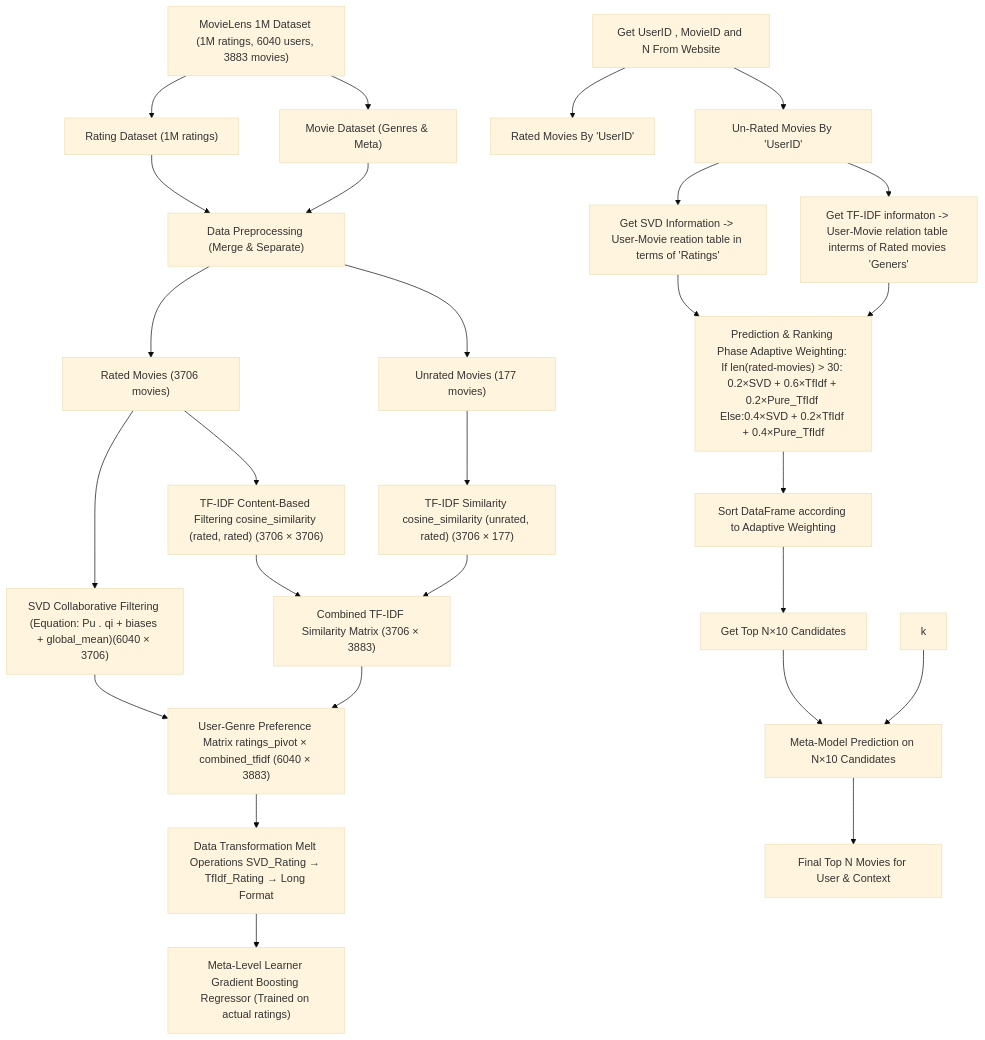
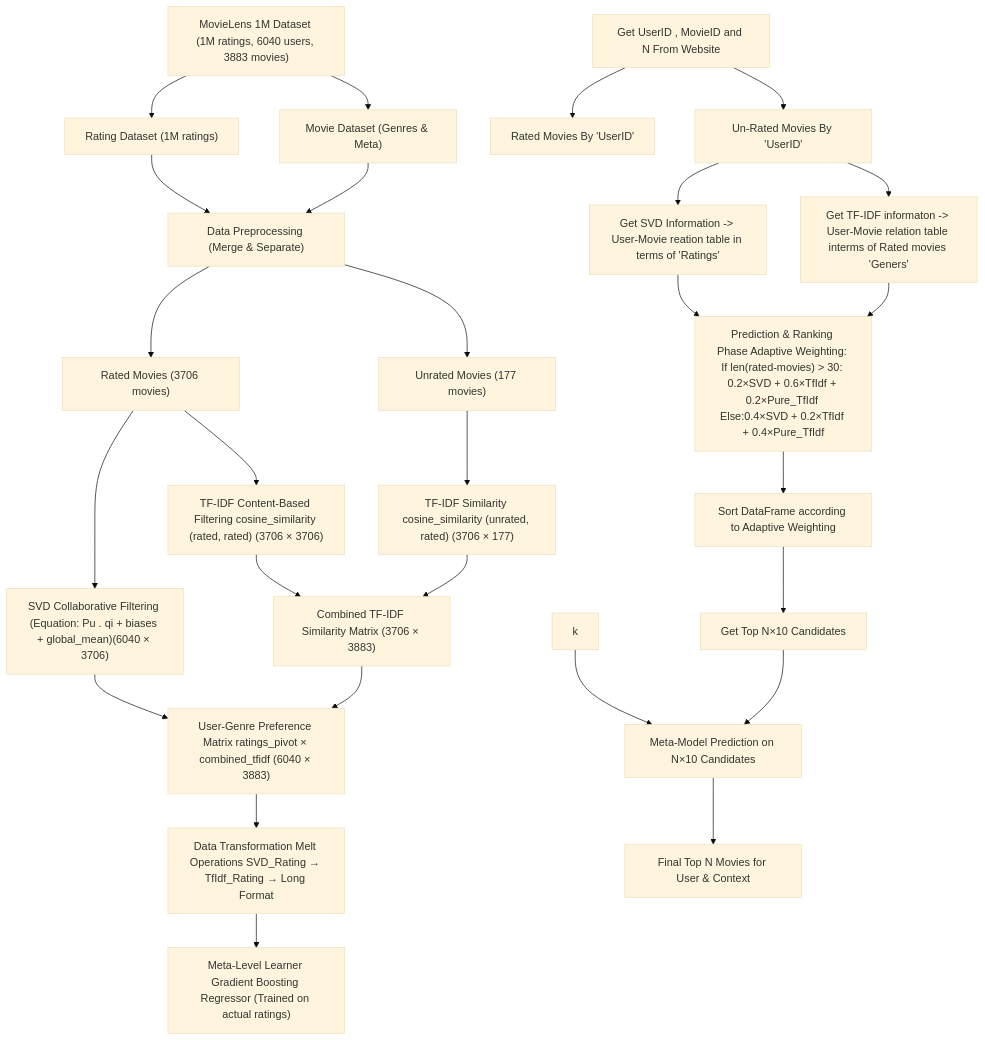
One commit to NiazMahmud2001/MetaLevel-HybridMovie-Recommender changed the diagram in README.md. Above: the diagram before and after it, drawn with Mermaid (base theme). The commit also changed other lines of this file, not shown here.

````diff
--- a/README.md
+++ b/README.md
@@ -83,36 +83,36 @@
 ```mermaid
 graph TD
     A["MovieLens 1M Dataset (1M ratings, 6040 users, 3883 movies)"]
     A --> B["Rating Dataset (1M ratings)"]
     A --> C["Movie Dataset (Genres & Meta)"]
     B --> D["Data Preprocessing (Merge & Separate)"]
     C --> D
     D --> E["Rated Movies (3706 movies)"]
     D --> F["Unrated Movies (177 movies)"]
 
     E --> G1["SVD Collaborative Filtering (Equation: Pu . qi + biases + global_mean)(6040 × 3706)"]
     E --> G2["TF-IDF Content-Based Filtering cosine_similarity (rated, rated) (3706 × 3706)"]
     F --> G3["TF-IDF Similarity cosine_similarity (unrated, rated) (3706 × 177)"]
 
     G2 --> H["Combined TF-IDF Similarity Matrix (3706 × 3883)"]
     G3 --> H
     G1 --> I
     H --> I["User-Genre Preference Matrix ratings_pivot × combined_tfidf (6040 × 3883)"]
     I --> J["Data Transformation Melt Operations SVD_Rating → TfIdf_Rating → Long Format"]
     J --> K["Meta-Level Learner Gradient Boosting Regressor (Trained on actual ratings)"]
+    k --> T
 
     L["Get UserID , MovieID and N From Website"]
     L --> M["Rated Movies By 'UserID'"]
     L --> N["Un-Rated Movies By 'UserID'"]
     N --> O["Get SVD Information -> User-Movie reation table in terms of 'Ratings' "]
     N --> P["Get TF-IDF informaton -> User-Movie relation table interms of Rated movies 'Geners' "]
 
     Q["Prediction & Ranking Phase Adaptive Weighting: If len(rated-movies) > 30: 0.2×SVD + 0.6×TfIdf + 0.2×Pure_TfIdf Else:0.4×SVD + 0.2×TfIdf + 0.4×Pure_TfIdf"]
     O --> Q
     P --> Q
     Q --> R["Sort DataFrame according to Adaptive Weighting"]
     R --> S["Get Top N×10 Candidates"]
     S --> T["Meta-Model Prediction on N×10 Candidates"]
-    k --> T
     T --> U["Final Top N Movies for User & Context"]
 ```
````
